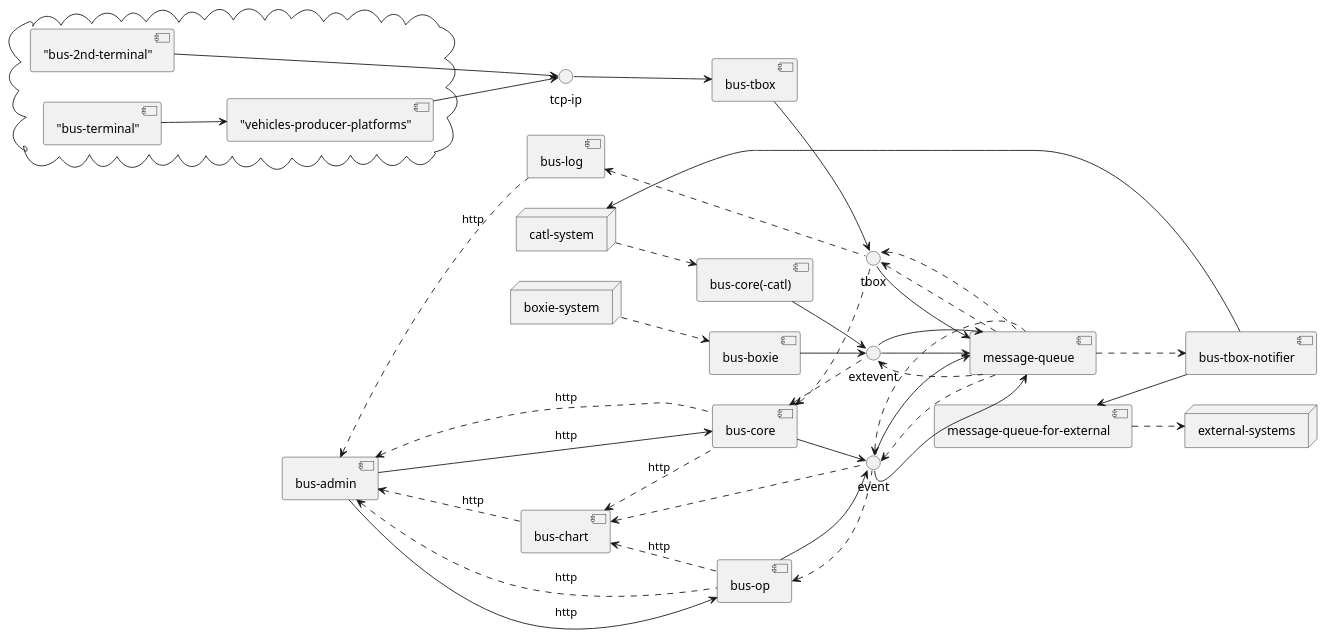
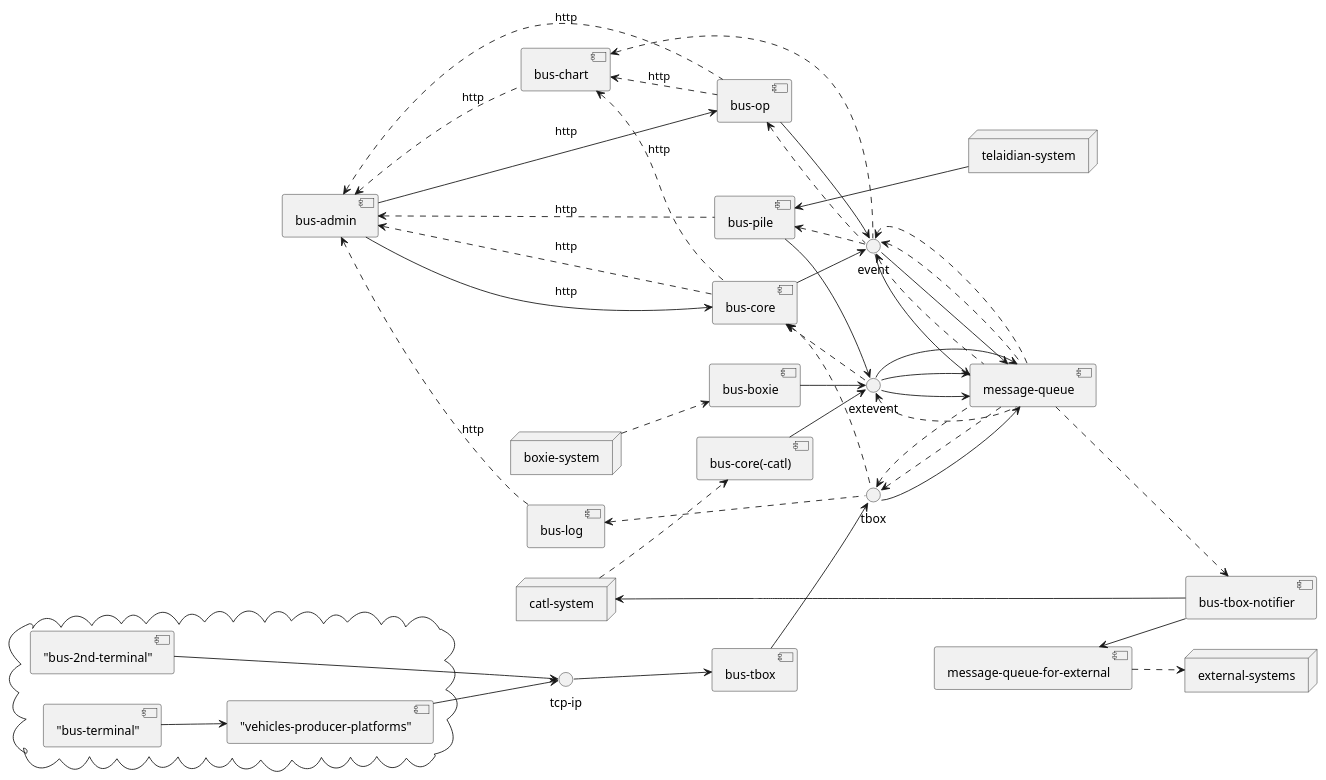
One commit to 36node/bus-docs changed the diagram in arch/module-and-integration.iuml. Above: the diagram before and after it, drawn with PlantUML. The commit also changed 5 other files, not shown here.

Commit message:
add bus pile to arch views

```diff
--- a/arch/module-and-integration.iuml
+++ b/arch/module-and-integration.iuml
@@ -1,84 +1,95 @@
 @startuml
 
 left to right direction
 
 component "message-queue" as mq
 
 component "bus-tbox" as bustbox
 
 interface "tcp-ip" as tcpip
 tcpip --> bustbox
 
 cloud {
     ["bus-2nd-terminal"] --> tcpip
     ["vehicles-producer-platforms"] --> tcpip
     ["bus-terminal"] --> ["vehicles-producer-platforms"]
 }
 
 interface "tbox" as tbox
 
 bustbox --> tbox
 tbox --> mq
 
 component "bus-core" as buscore
 buscore <.. tbox
 tbox <.. mq
 
 interface "extevent" as extevent
 buscore <.. extevent
 extevent <.. mq
 
 interface "event" as event
 buscore --> event
 event --> mq
 
 component "bus-op" as busop
 busop <.. event
 event <.. mq
 busop --> event
 event --> mq
 
 component "bus-log" as buslog
 buslog <.. tbox
 tbox <.. mq
 
 component "bus-chart" as buschart
 buschart <.. event
 event <.. mq
 
 buschart <..buscore : http
 buschart <..busop : http
 
+component "bus-pile" as buspile
+buspile <.. event
+event <.. mq
+buspile --> extevent
+extevent --> mq
+
 component "bus-boxie" as busboxie
 busboxie --> extevent
 extevent --> mq
 
 component "bus-core(-catl)" as buscatl
 buscatl --> extevent
 extevent --> mq
 
 node "catl-system" as catlsys
 catlsys ..> buscatl
 
 node "boxie-system" as boxiesys
 boxiesys ..> busboxie
 
 component "bus-admin" as busadmin
 busadmin <.. buscore : http
 busadmin --> buscore : http
 busadmin <.. busop : http
 busadmin --> busop : http
 busadmin <.. buslog : http
 busadmin <.. buschart : http
+busadmin <.. buspile : http
 
 component "bus-tbox-notifier" as bustboxnotifier
 
 component "message-queue-for-external" as extmq
 mq ..> bustboxnotifier
 extmq <-- bustboxnotifier
 catlsys <-- bustboxnotifier
 
 node "external-systems" as extsys
 extmq ..> extsys
 
+node "telaidian-system" as telaidiansys
+
+buspile <--- telaidiansys
+
 @enduml
```
